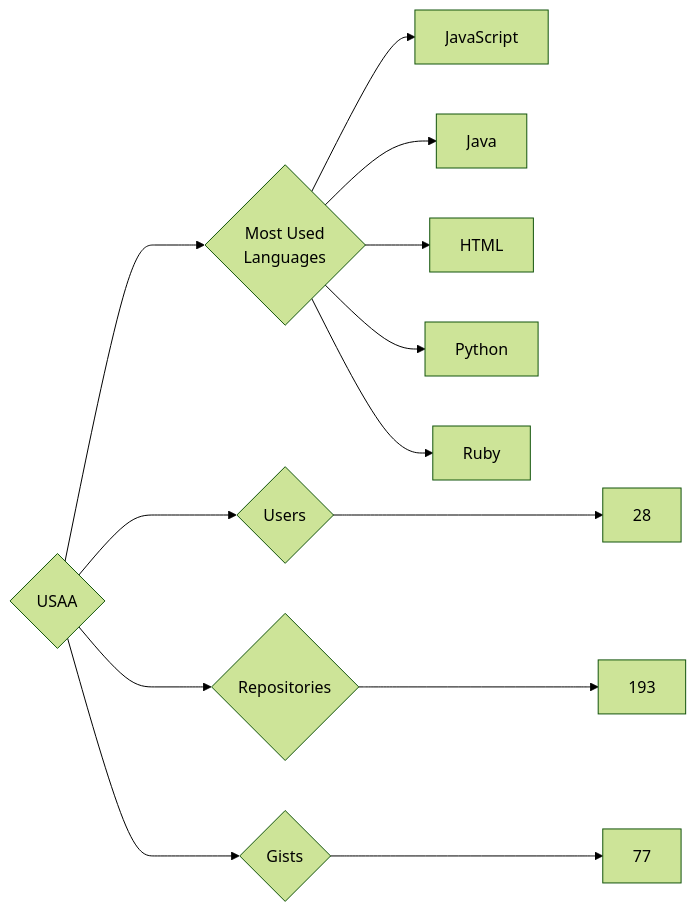
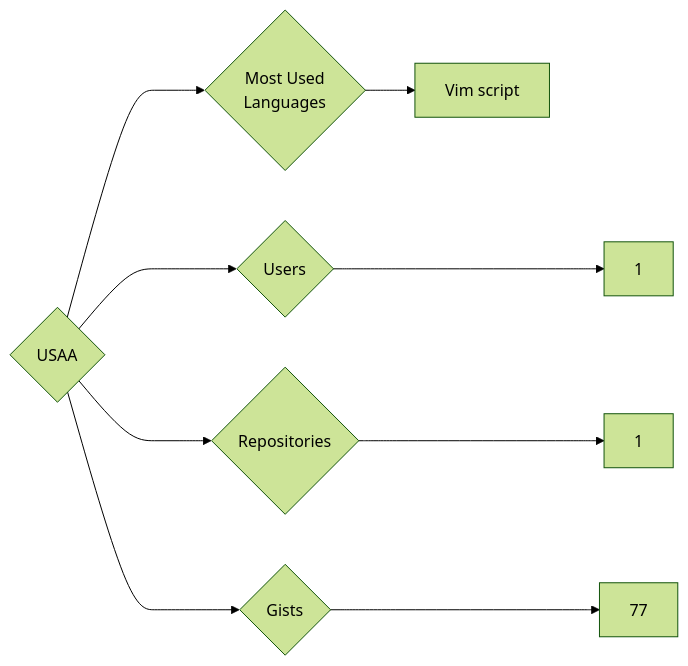
One commit to trickest/insiders changed the diagram in targets/USAA/README.md. Above: the diagram before and after it, drawn with Mermaid (forest theme). The commit also changed 823 other files, not shown here.

````diff
--- a/targets/USAA/README.md
+++ b/targets/USAA/README.md
@@ -3,13 +3,9 @@
 ```mermaid
 graph LR
 COMPANY_NAME{USAA}
-COMPANY_NAME ---> U{Users} ---> UN[28]
-COMPANY_NAME ---> R{Repositories} ---> RN[193]
+COMPANY_NAME ---> U{Users} ---> UN[1]
+COMPANY_NAME ---> R{Repositories} ---> RN[1]
 COMPANY_NAME ---> G{Gists} ---> GN[77]
 COMPANY_NAME ---> ML{Most Used<br>Languages}
-ML --> JavaScript[JavaScript]
-ML --> Java[Java]
-ML --> HTML[HTML]
-ML --> Python[Python]
-ML --> Ruby[Ruby]
+ML --> Vim_script[Vim script]
 ```
````
